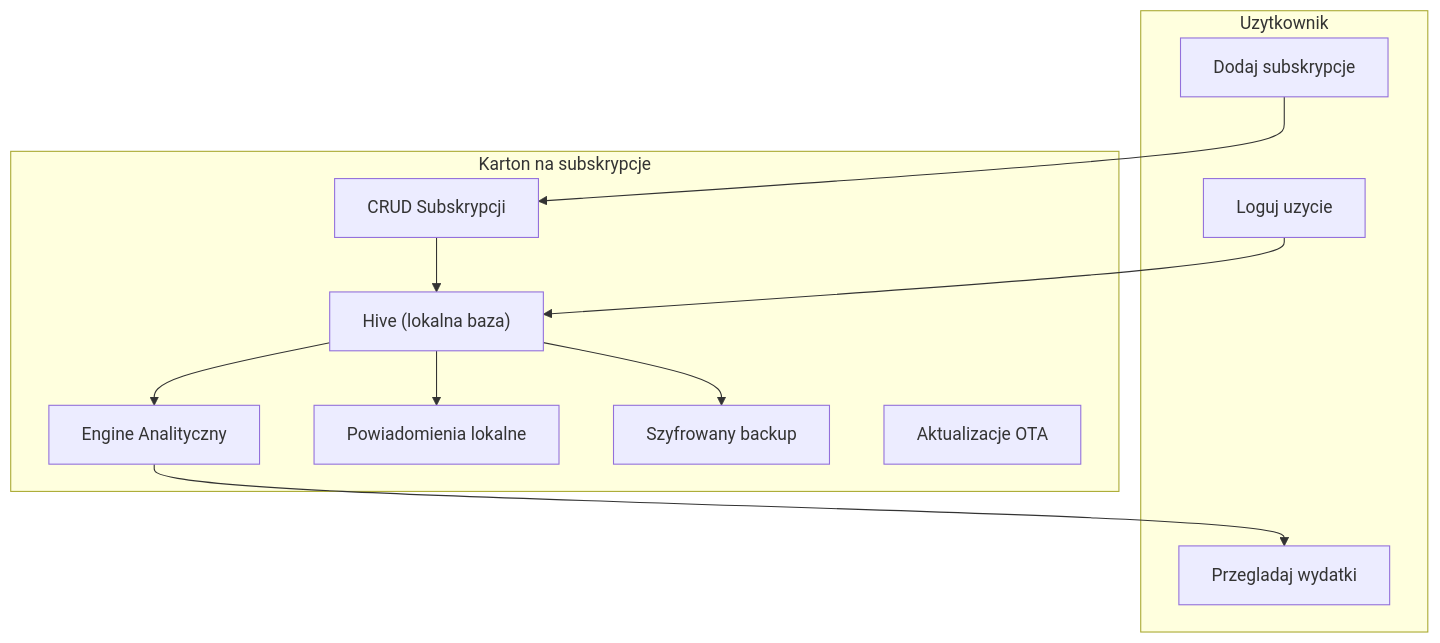
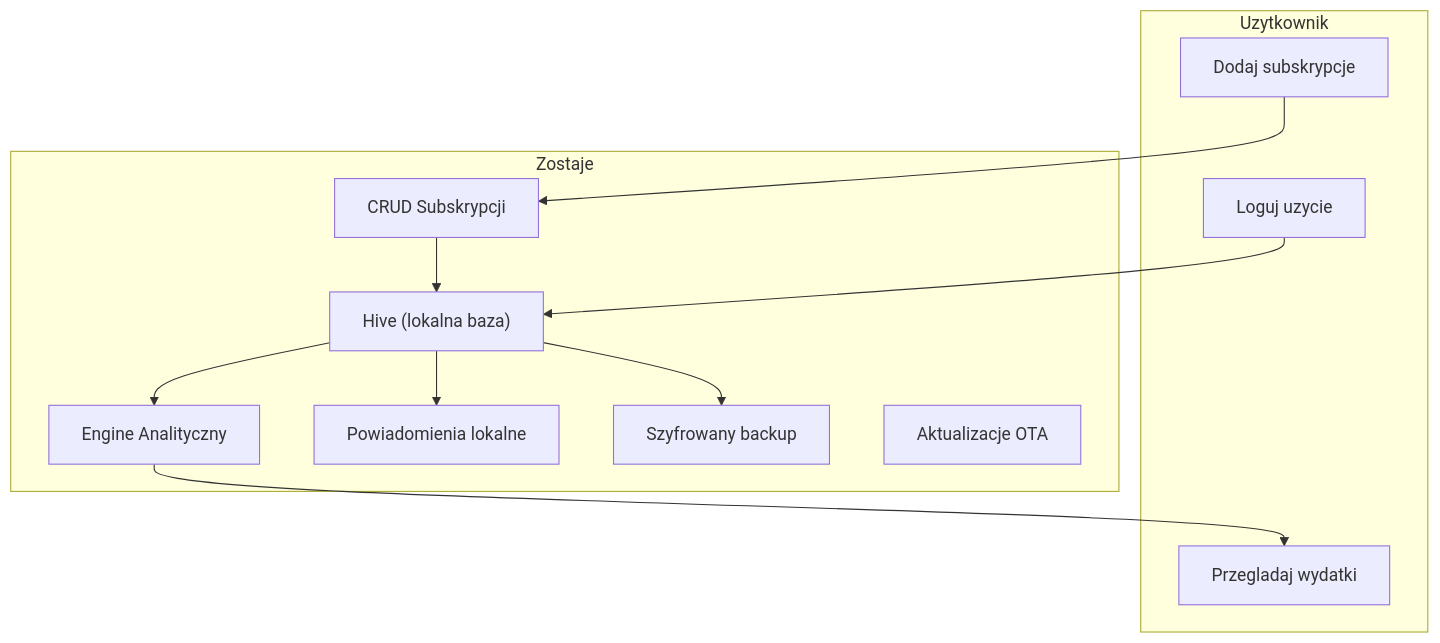
The diagram in docs/architecture.md (Rzempal/karton-subs), drawn with Mermaid before and after one commit. The commit also changed 82 other files, not shown here.

````diff
--- a/docs/architecture.md
+++ b/docs/architecture.md
@@ -12,25 +12,25 @@
 ```mermaid
 flowchart TB
     subgraph User ["Uzytkownik"]
         Add["Dodaj subskrypcje"]
         Log["Loguj uzycie"]
         View["Przegladaj wydatki"]
     end
 
-    subgraph App ["Karton na subskrypcje"]
+    subgraph App ["Zostaje"]
         CRUD["CRUD Subskrypcji"]
         DB["Hive (lokalna baza)"]
         Analytics["Engine Analityczny"]
         Notifications["Powiadomienia lokalne"]
         Backup["Szyfrowany backup"]
         OTA["Aktualizacje OTA"]
     end
 
     Add --> CRUD
     CRUD --> DB
     Log --> DB
     DB --> Analytics
     Analytics --> View
     DB --> Notifications
     DB --> Backup
 ```
````
